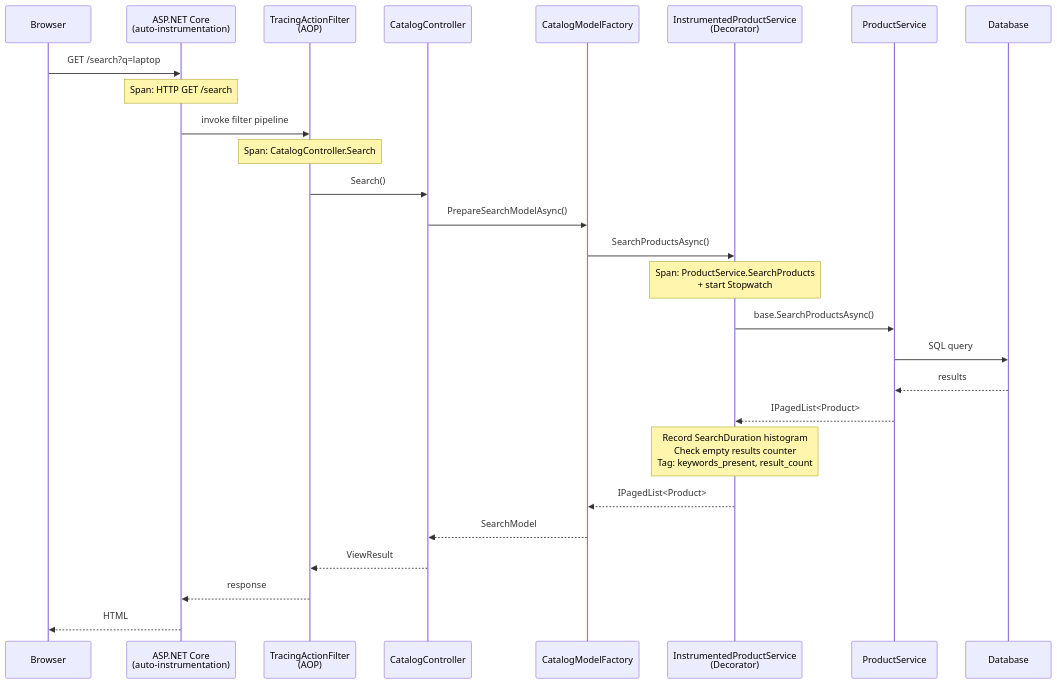
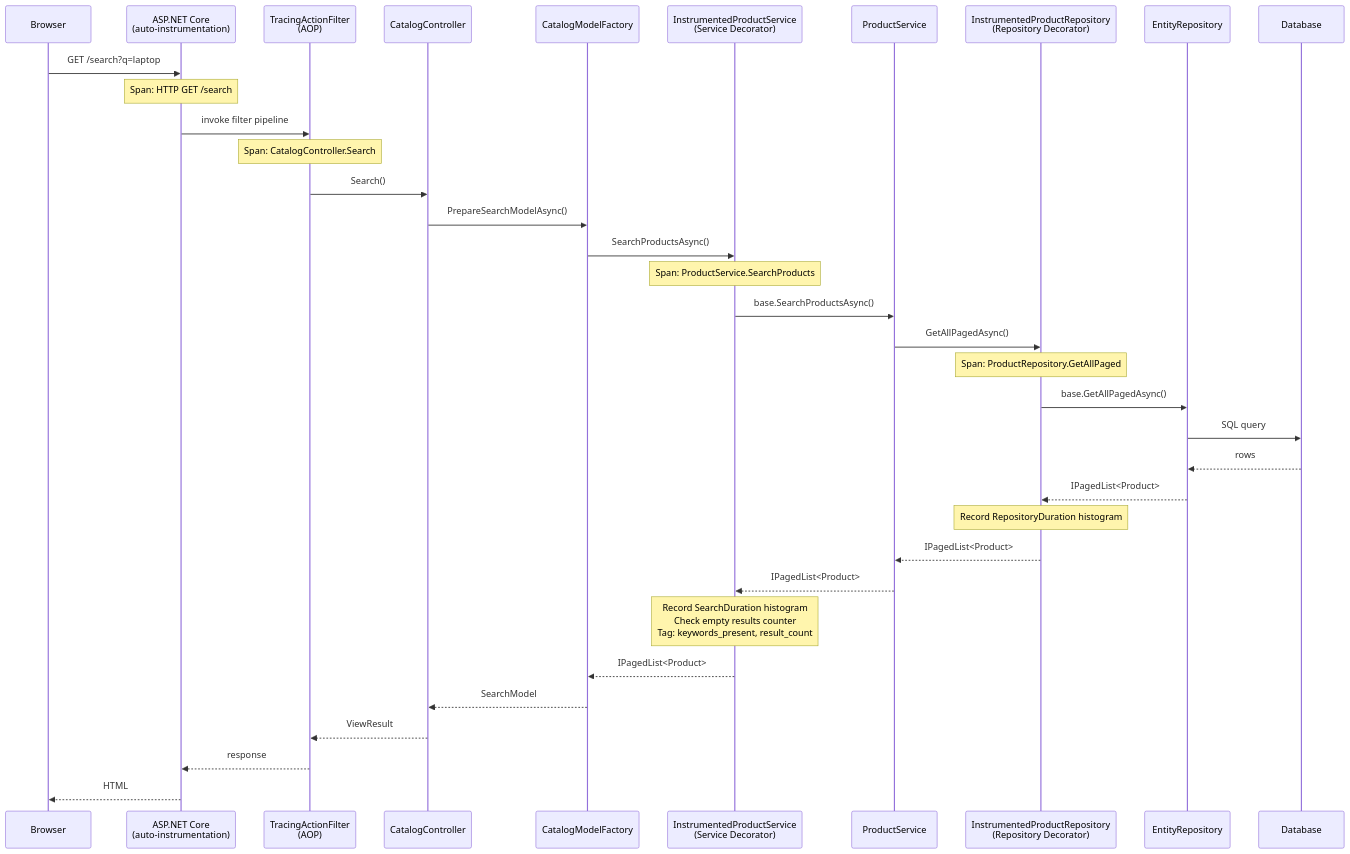
One commit to sebastiaoteixeira/nopCommerce changed the first of 4 diagrams in INSTRUMENTATION.md. Above: the diagram before and after it, drawn with Mermaid. The commit also changed other lines of this file and 19 other files, not shown here.

````diff
--- a/INSTRUMENTATION.md
+++ b/INSTRUMENTATION.md
@@ -42,35 +50,45 @@
 ```mermaid
 sequenceDiagram
     participant Browser
     participant ASP as ASP.NET Core<br/>(auto-instrumentation)
     participant Filter as TracingActionFilter<br/>(AOP)
     participant Controller as CatalogController
     participant Factory as CatalogModelFactory
-    participant Decorator as InstrumentedProductService<br/>(Decorator)
+    participant SvcDecorator as InstrumentedProductService<br/>(Service Decorator)
     participant Base as ProductService
+    participant RepoDecorator as InstrumentedProductRepository<br/>(Repository Decorator)
+    participant Repo as EntityRepository
     participant DB as Database
 
     Browser->>ASP: GET /search?q=laptop
     Note over ASP: Span: HTTP GET /search
 
     ASP->>Filter: invoke filter pipeline
     Note over Filter: Span: CatalogController.Search
 
     Filter->>Controller: Search()
     Controller->>Factory: PrepareSearchModelAsync()
-    Factory->>Decorator: SearchProductsAsync()
-    Note over Decorator: Span: ProductService.SearchProducts<br/>+ start Stopwatch
+    Factory->>SvcDecorator: SearchProductsAsync()
+    Note over SvcDecorator: Span: ProductService.SearchProducts
 
-    Decorator->>Base: base.SearchProductsAsync()
-    Base->>DB: SQL query
-    DB-->>Base: results
-    Base-->>Decorator: IPagedList<Product>
+    SvcDecorator->>Base: base.SearchProductsAsync()
+    Base->>RepoDecorator: GetAllPagedAsync()
+    Note over RepoDecorator: Span: ProductRepository.GetAllPaged
 
-    Note over Decorator: Record SearchDuration histogram<br/>Check empty results counter<br/>Tag: keywords_present, result_count
+    RepoDecorator->>Repo: base.GetAllPagedAsync()
+    Repo->>DB: SQL query
+    DB-->>Repo: rows
+    Repo-->>RepoDecorator: IPagedList<Product>
+    Note over RepoDecorator: Record RepositoryDuration histogram
 
-    Decorator-->>Factory: IPagedList<Product>
+    RepoDecorator-->>Base: IPagedList<Product>
+    Base-->>SvcDecorator: IPagedList<Product>
+
+    Note over SvcDecorator: Record SearchDuration histogram<br/>Check empty results counter<br/>Tag: keywords_present, result_count
+
+    SvcDecorator-->>Factory: IPagedList<Product>
     Factory-->>Controller: SearchModel
     Controller-->>Filter: ViewResult
     Filter-->>ASP: response
     ASP-->>Browser: HTML
 ```
````
